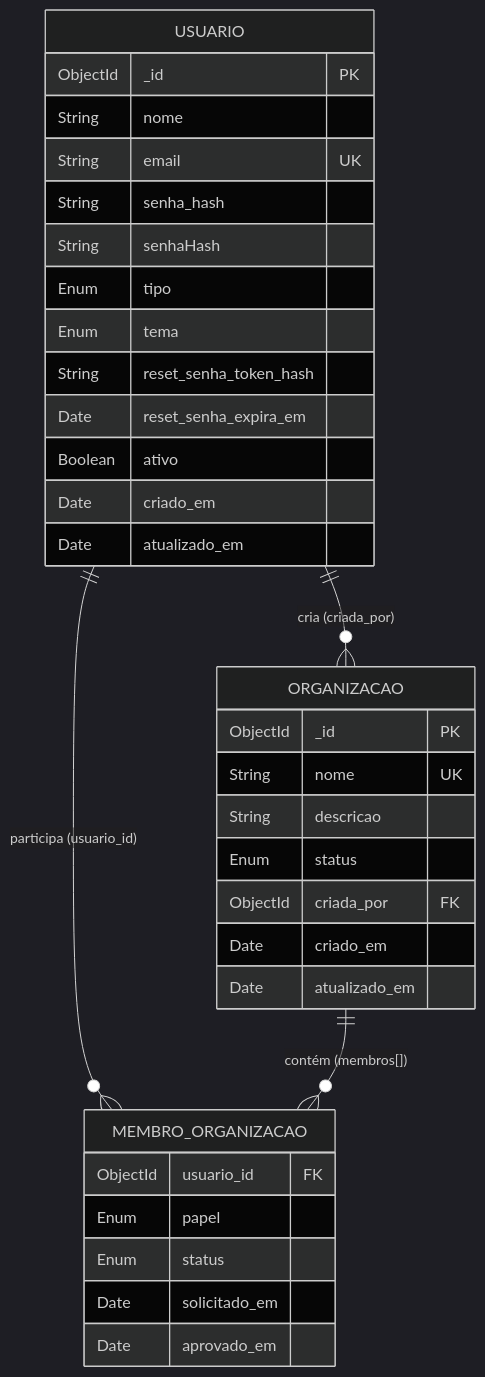
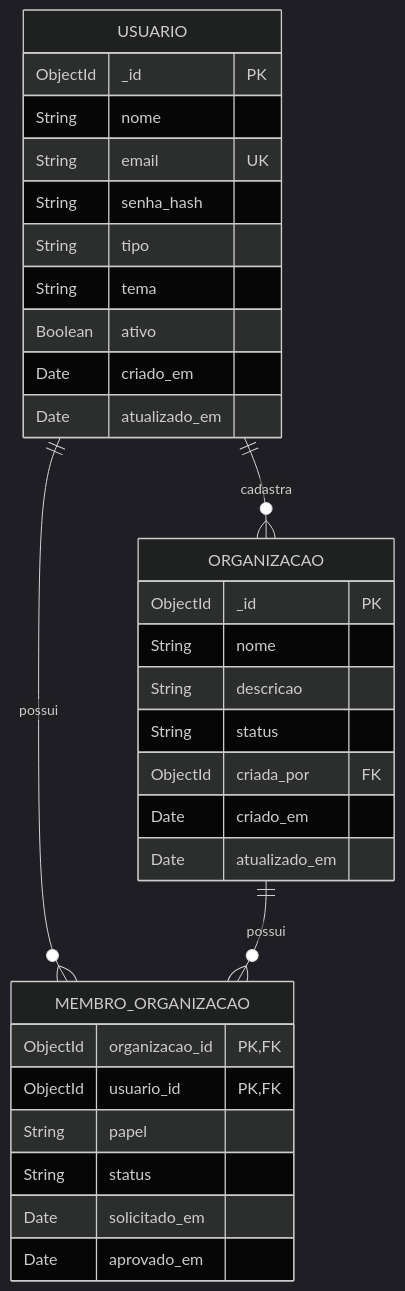
One commit to MrLucasMoreira/PDSI-Conecta- changed the diagram in docs/cadastro-usuario/4 - diagrama-relacional-cadastro-usuario.md. Above: the diagram before and after it, drawn with Mermaid (dark theme). The commit also changed other lines of this file and 7 other files, not shown here.

````diff
--- a/docs/cadastro-usuario/4 - diagrama-relacional-cadastro-usuario.md
+++ b/docs/cadastro-usuario/4 - diagrama-relacional-cadastro-usuario.md
@@ -11,39 +12,37 @@
 ```mermaid
 erDiagram
-    USUARIO ||--o{ ORGANIZACAO : "cria (criada_por)"
-    USUARIO ||--o{ MEMBRO_ORGANIZACAO : "participa (usuario_id)"
-    ORGANIZACAO ||--o{ MEMBRO_ORGANIZACAO : "contém (membros[])"
+    USUARIO ||--o{ ORGANIZACAO : cadastra
+    USUARIO ||--o{ MEMBRO_ORGANIZACAO : possui
+    ORGANIZACAO ||--o{ MEMBRO_ORGANIZACAO : possui
 
     USUARIO {
         ObjectId _id PK
         String nome
         String email UK
         String senha_hash
-        String senhaHash
-        Enum tipo
-        Enum tema
-        String reset_senha_token_hash
-        Date reset_senha_expira_em
+        String tipo
+        String tema
         Boolean ativo
         Date criado_em
         Date atualizado_em
     }
 
     ORGANIZACAO {
         ObjectId _id PK
-        String nome UK
+        String nome
         String descricao
-        Enum status
+        String status
         ObjectId criada_por FK
         Date criado_em
         Date atualizado_em
     }
 
     MEMBRO_ORGANIZACAO {
-        ObjectId usuario_id FK
-        Enum papel
-        Enum status
+        ObjectId organizacao_id PK,FK
+        ObjectId usuario_id PK,FK
+        String papel
+        String status
         Date solicitado_em
         Date aprovado_em
     }
 ```
````
